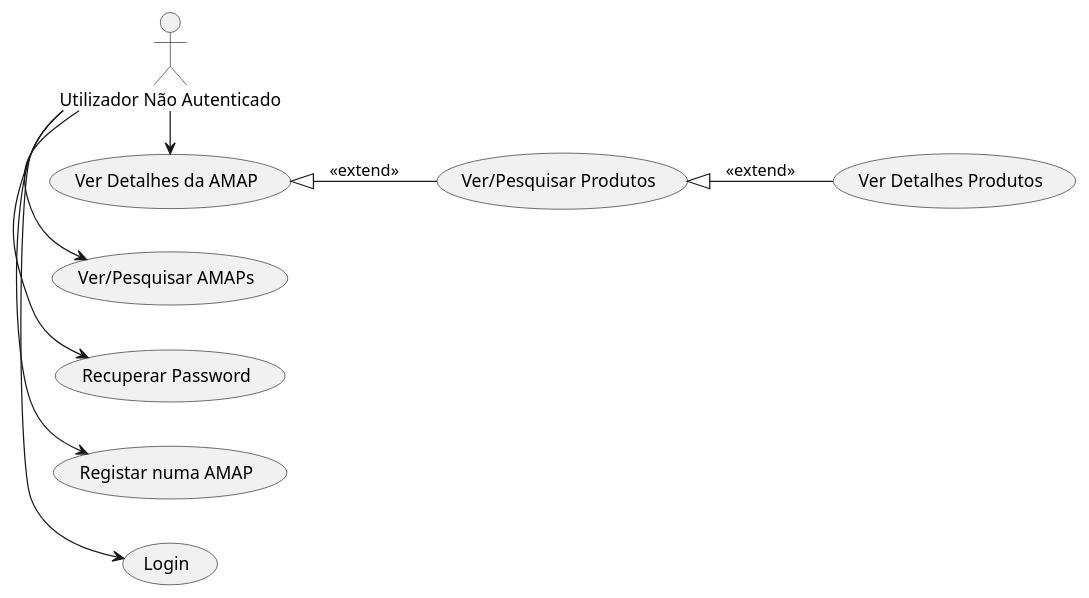
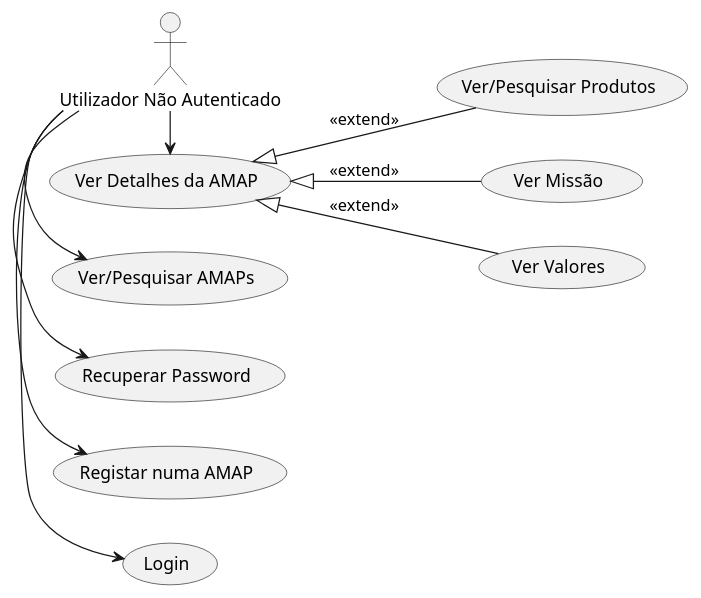
One commit to pedrojcoliveira/ENGREQ-Grupo3 changed the diagram in Data/Diagrams/UseCaseDiagrams/UnAuthUser/UseCaseUnAuthUser.puml. Above: the diagram before and after it, drawn with PlantUML.

Commit message:
Update UnAuthUser UseCaseDiagram to better match SRS Report

```diff
--- a/Data/Diagrams/UseCaseDiagrams/UnAuthUser/UseCaseUnAuthUser.puml
+++ b/Data/Diagrams/UseCaseDiagrams/UnAuthUser/UseCaseUnAuthUser.puml
@@ -1,13 +1,14 @@
 @startuml
 left to right direction
 actor "Utilizador Não Autenticado" as UnauthUser
 
 UnauthUser -> (Login)
 UnauthUser -> (Registar numa AMAP)
 UnauthUser -> (Recuperar Password)
 UnauthUser -> (Ver/Pesquisar AMAPs)
 UnauthUser -> (Ver Detalhes da AMAP)
 (Ver Detalhes da AMAP) <|-- (Ver/Pesquisar Produtos) : <<extend>>
-(Ver/Pesquisar Produtos) <|-- (Ver Detalhes Produtos) : <<extend>>
+(Ver Detalhes da AMAP) <|-- (Ver Missão) : <<extend>>
+(Ver Detalhes da AMAP) <|-- (Ver Valores) : <<extend>>
 
 @enduml
```
